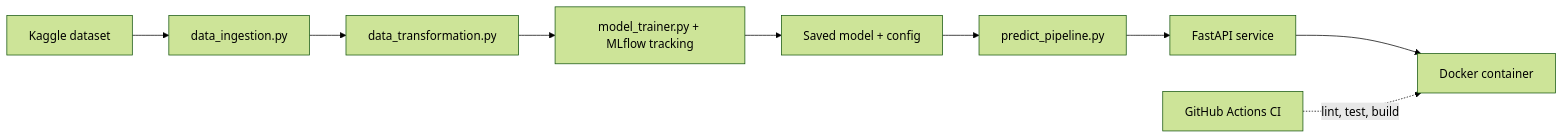
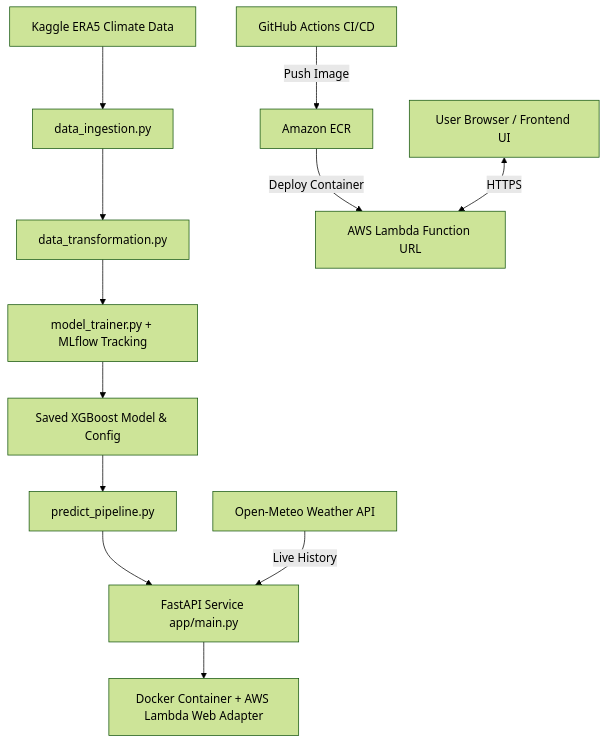
The diagram in README.md (aradhya534/flood_risk_mlops), drawn with Mermaid (forest theme) before and after one commit. The commit also changed other lines of this file and 1 other file, not shown here.

````diff
--- a/README.md
+++ b/README.md
@@ -43,11 +27,19 @@
 ```mermaid
-flowchart LR
-    A[Kaggle dataset] --> B[data_ingestion.py]
+flowchart TD
+    A[Kaggle ERA5 Climate Data] --> B[data_ingestion.py]
     B --> C[data_transformation.py]
-    C --> D[model_trainer.py + MLflow tracking]
-    D --> E[Saved model + config]
+    C --> D[model_trainer.py + MLflow Tracking]
+    D --> E[Saved XGBoost Model & Config]
+    
     E --> F[predict_pipeline.py]
-    F --> G[FastAPI service]
-    G --> H[Docker container]
-    I[GitHub Actions CI] -.lint, test, build.-> H
+    F --> G[FastAPI Service app/main.py]
+    
+    H[Open-Meteo Weather API] -->|Live History| G
+    
+    G --> I[Docker Container + AWS Lambda Web Adapter]
+    
+    J[GitHub Actions CI/CD] -->|Push Image| K[Amazon ECR]
+    K -->|Deploy Container| L[AWS Lambda Function URL]
+    
+    M[User Browser / Frontend UI] <-->|HTTPS| L
 ```
````
